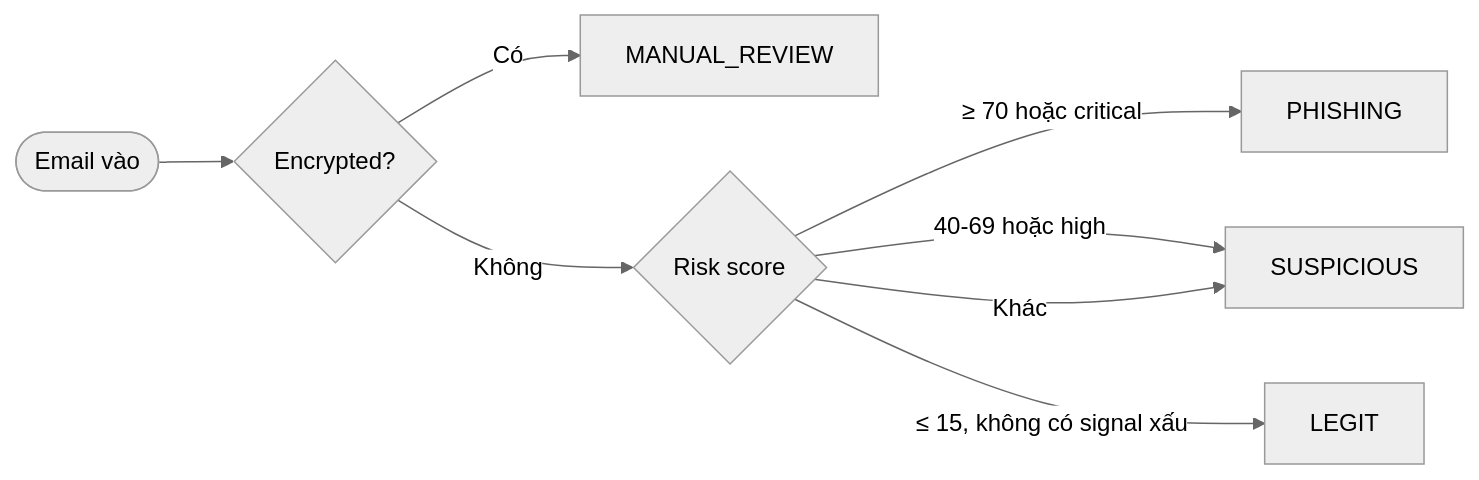
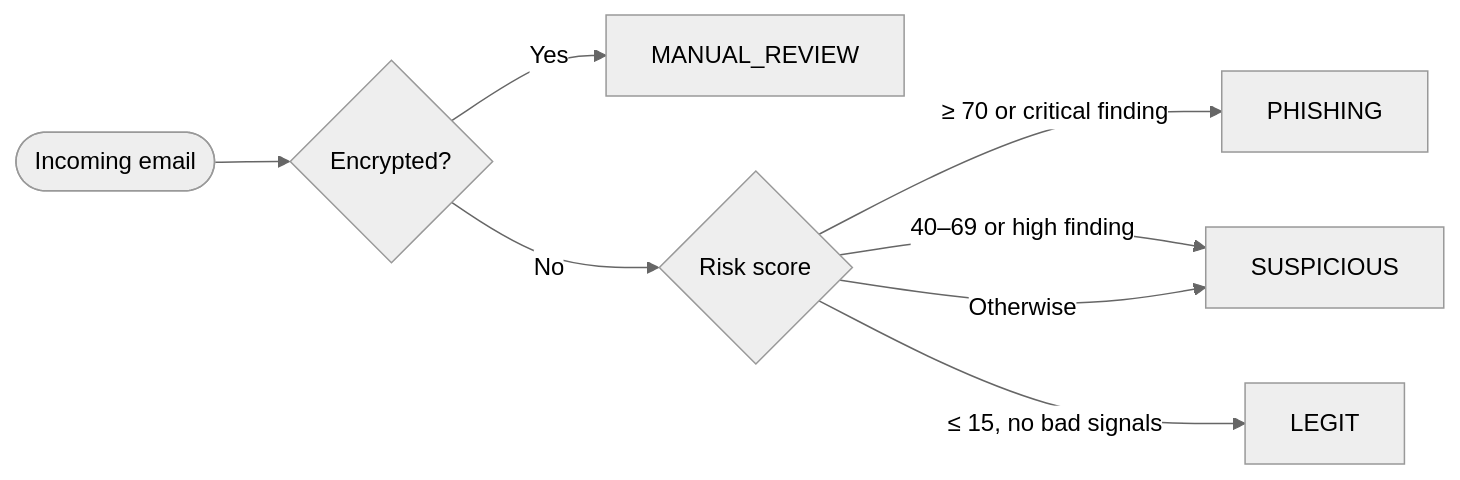
One commit to minhcvu64/email-phishing-triage changed the second of 2 diagrams in README.md. Above: the diagram before and after it, drawn with Mermaid (neutral theme). The commit also changed other lines of this file and 1 other file, not shown here.

````diff
--- a/README.md
+++ b/README.md
@@ -48,10 +52,10 @@
 ```mermaid
 flowchart LR
-    Start([Email vào]) --> Enc{Encrypted?}
-    Enc -->|Có| MR[MANUAL_REVIEW]
-    Enc -->|Không| Score{Risk score}
-    Score -->|≥ 70 hoặc critical| Phish[PHISHING]
-    Score -->|40-69 hoặc high| Sus[SUSPICIOUS]
-    Score -->|≤ 15, không có signal xấu| Legit[LEGIT]
-    Score -->|Khác| Sus
+    Start([Incoming email]) --> Enc{Encrypted?}
+    Enc -->|Yes| MR[MANUAL_REVIEW]
+    Enc -->|No| Score{Risk score}
+    Score -->|≥ 70 or critical finding| Phish[PHISHING]
+    Score -->|40–69 or high finding| Sus[SUSPICIOUS]
+    Score -->|≤ 15, no bad signals| Legit[LEGIT]
+    Score -->|Otherwise| Sus
 ```
````
